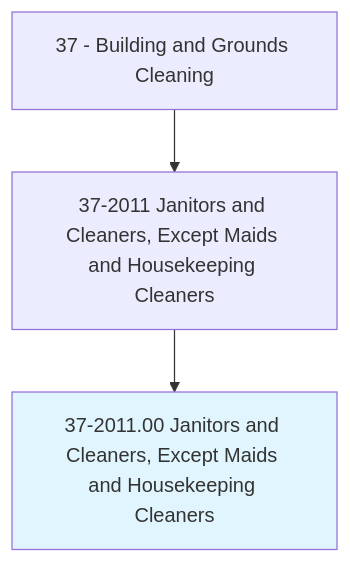
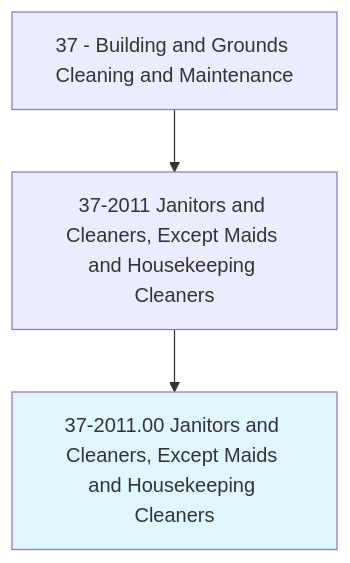
One commit to kziemski/business.org.ai changed the first of 4 diagrams in occupations/Facilities/JanitorsAndCleanersExceptMaidsAndHousekeepingCleaners.mdx. Above: the diagram before and after it, drawn with Mermaid. The commit also changed other lines of this file and 938 other files, not shown here.

````diff
--- a/occupations/Facilities/JanitorsAndCleanersExceptMaidsAndHousekeepingCleaners.mdx
+++ b/occupations/Facilities/JanitorsAndCleanersExceptMaidsAndHousekeepingCleaners.mdx
@@ -19,6 +23,6 @@
 ```mermaid
 graph TD
-    Cat37["37 - Building and Grounds Cleaning"] --> Group372011["37-2011 Janitors and Cleaners, Except Maids and Housekeeping Cleaners"]
+    Cat37["37 - Building and Grounds Cleaning and Maintenance"] --> Group372011["37-2011 Janitors and Cleaners, Except Maids and Housekeeping Cleaners"]
     Group372011 --> Current["37-2011.00 Janitors and Cleaners, Except Maids and Housekeeping Cleaners"]
     style Current fill:#e1f5fe
 ```
````
